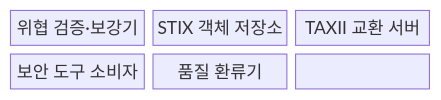
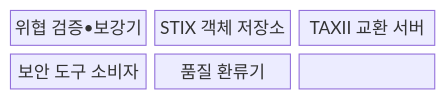
The first of 2 diagrams in src/content/docs/notes/04-network/096_threat_intelligence_stix_taxii.md (agnusdei1207/knowledge-base), drawn with Mermaid before and after one commit. The commit also changed other lines of this file and 953 other files, not shown here.

````diff
--- a/src/content/docs/notes/04-network/096_threat_intelligence_stix_taxii.md
+++ b/src/content/docs/notes/04-network/096_threat_intelligence_stix_taxii.md
@@ -67,11 +67,11 @@
 ```mermaid
 block-beta
     columns 3
-    A["위협 검증·보강기"]
+    A["위협 검증•보강기"]
     B["STIX 객체 저장소"]
     C["TAXII 교환 서버"]
     D["보안 도구 소비자"]
     E["품질 환류기"]
     A --> B --> C --> D
     D --> E --> A
 ```
````
